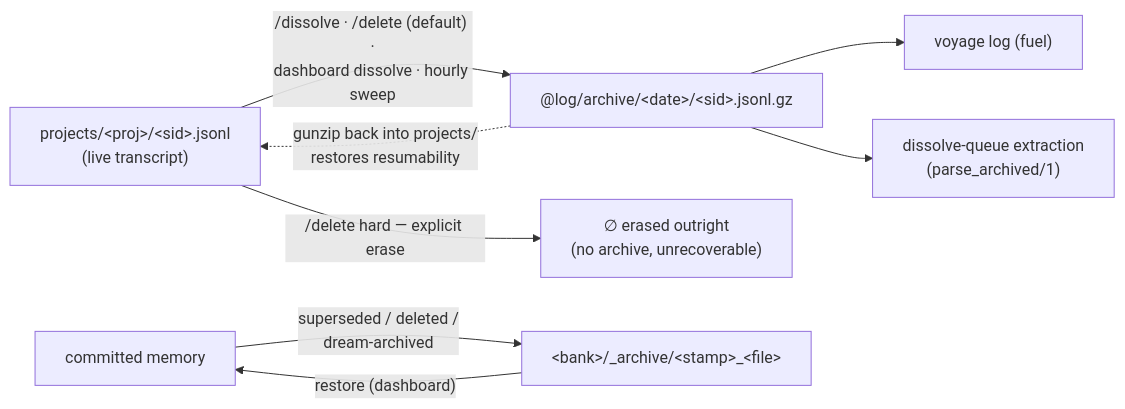
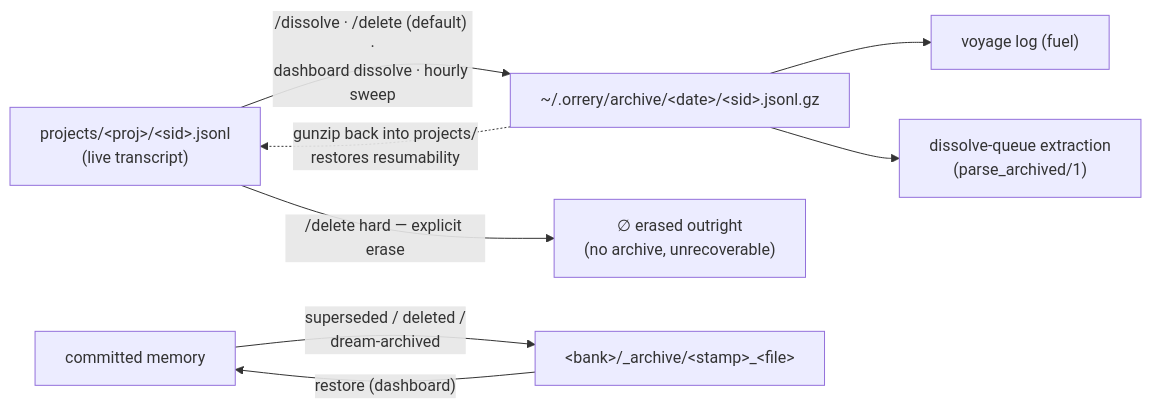
Before and after one commit to jgeschwendt/orrery: the eighth of 8 diagrams in lib/orrery/memory.md, drawn with Mermaid. The commit also changed other lines of this file and 9 other files, not shown here.

First line of the commit message:
refactor: transcript archive moves out of log to its own ~/.orrery/archive

````diff
--- a/lib/orrery/memory.md
+++ b/lib/orrery/memory.md
@@ -468,10 +468,10 @@
 ```mermaid
 flowchart LR
-    T["projects/&lt;proj&gt;/&lt;sid&gt;.jsonl<br/>(live transcript)"] -->|"/dissolve · /delete (default) ·<br/>dashboard dissolve · hourly sweep"| G["@log/archive/&lt;date&gt;/&lt;sid&gt;.jsonl.gz"]
+    T["projects/&lt;proj&gt;/&lt;sid&gt;.jsonl<br/>(live transcript)"] -->|"/dissolve · /delete (default) ·<br/>dashboard dissolve · hourly sweep"| G["~/.orrery/archive/&lt;date&gt;/&lt;sid&gt;.jsonl.gz"]
     T -->|"/delete hard — explicit erase"| ERASED["∅ erased outright<br/>(no archive, unrecoverable)"]
     G --> DRM["voyage log (fuel)"]
     G --> QX["dissolve-queue extraction<br/>(parse_archived/1)"]
     G -.->|"gunzip back into projects/<br/>restores resumability"| T
     M1["committed memory"] -->|superseded / deleted /<br/>dream-archived| A["&lt;bank&gt;/_archive/&lt;stamp&gt;_&lt;file&gt;"]
     A -->|"restore (dashboard)"| M1
 ```
````
